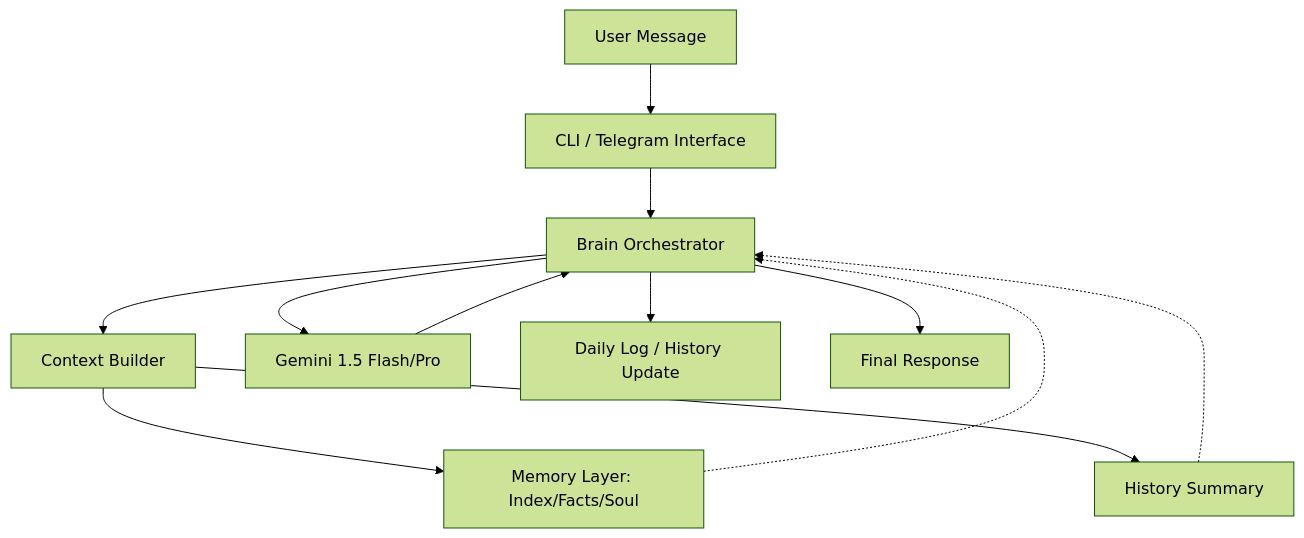
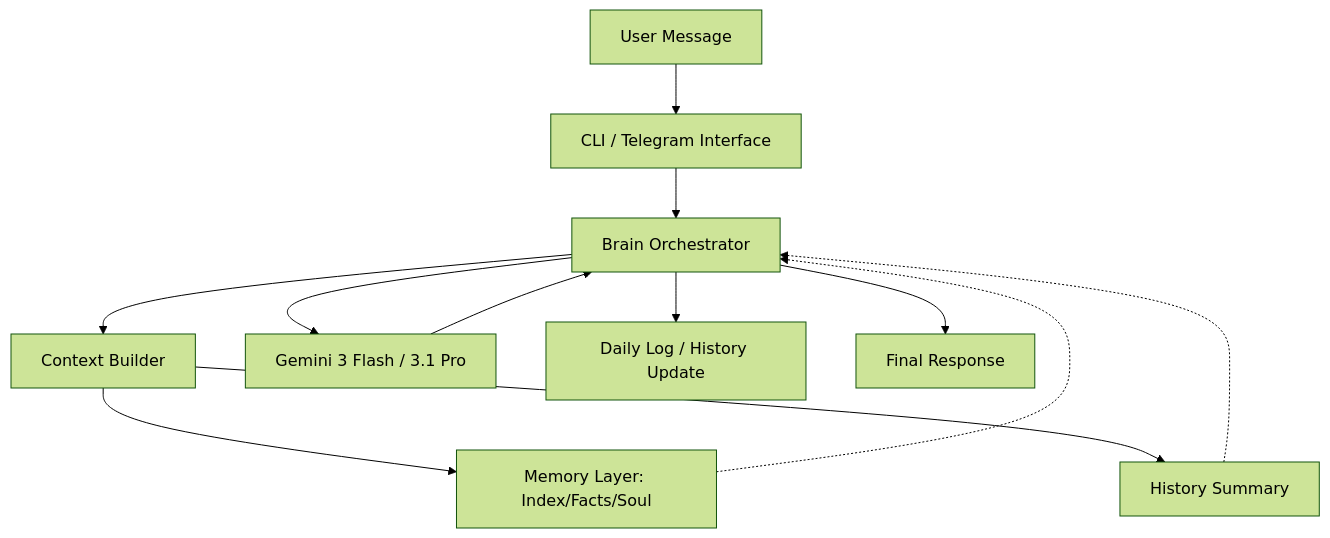
One commit to gauthierstrich/openbrain changed the diagram in docs/ARCHITECTURE.md. Above: the diagram before and after it, drawn with Mermaid (forest theme). The commit also changed 2 other files, not shown here.

Commit message:
docs: Update model references to Gemini 3 Flash & 3.1 Pro

````diff
--- a/docs/ARCHITECTURE.md
+++ b/docs/ARCHITECTURE.md
@@ -15,14 +15,14 @@
 ```mermaid
 graph TD
     User[User Message] --> Interface[CLI / Telegram Interface]
     Interface --> Brain[Brain Orchestrator]
     Brain --> ContextBuilder[Context Builder]
     ContextBuilder --> Memory[Memory Layer: Index/Facts/Soul]
     ContextBuilder --> History[History Summary]
     Memory -.-> Brain
     History -.-> Brain
-    Brain --> Gemini[Gemini 1.5 Flash/Pro]
+    Brain --> Gemini[Gemini 3 Flash / 3.1 Pro]
     Gemini --> Brain
     Brain --> Log[Daily Log / History Update]
     Brain --> Response[Final Response]
 ```
````
